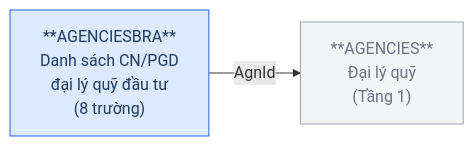
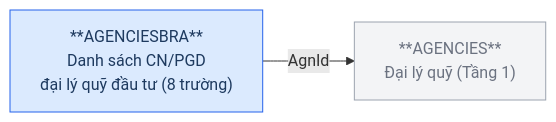
Before and after one commit to linhlvit/ubck_atomic_design: the seventh of 16 diagrams in Silver/hld/FMS_HLD_Tier2.md, drawn with Mermaid. The commit also changed other lines of this file and 1 other file, not shown here.

````diff
--- a/Silver/hld/FMS_HLD_Tier2.md
+++ b/Silver/hld/FMS_HLD_Tier2.md
@@ -189,10 +180,10 @@
 ```mermaid
 graph LR
     classDef src fill:#dbeafe,stroke:#2563eb,color:#1e3a5f
     classDef ref fill:#f3f4f6,stroke:#9ca3af,color:#6b7280
 
-    AGENCIES["**AGENCIES**\nĐại lý quỹ\n(Tầng 1)"]:::ref
-    AGENCIESBRA["**AGENCIESBRA**\nDanh sách CN/PGD\nđại lý quỹ đầu tư\n(8 trường)"]:::src
+    AGENCIES["**AGENCIES**\nĐại lý quỹ (Tầng 1)"]:::ref
+    AGENCIESBRA["**AGENCIESBRA**\nDanh sách CN/PGD\nđại lý quỹ đầu tư (8 trường)"]:::src
 
     AGENCIESBRA -->|AgnId| AGENCIES
 ```
````
